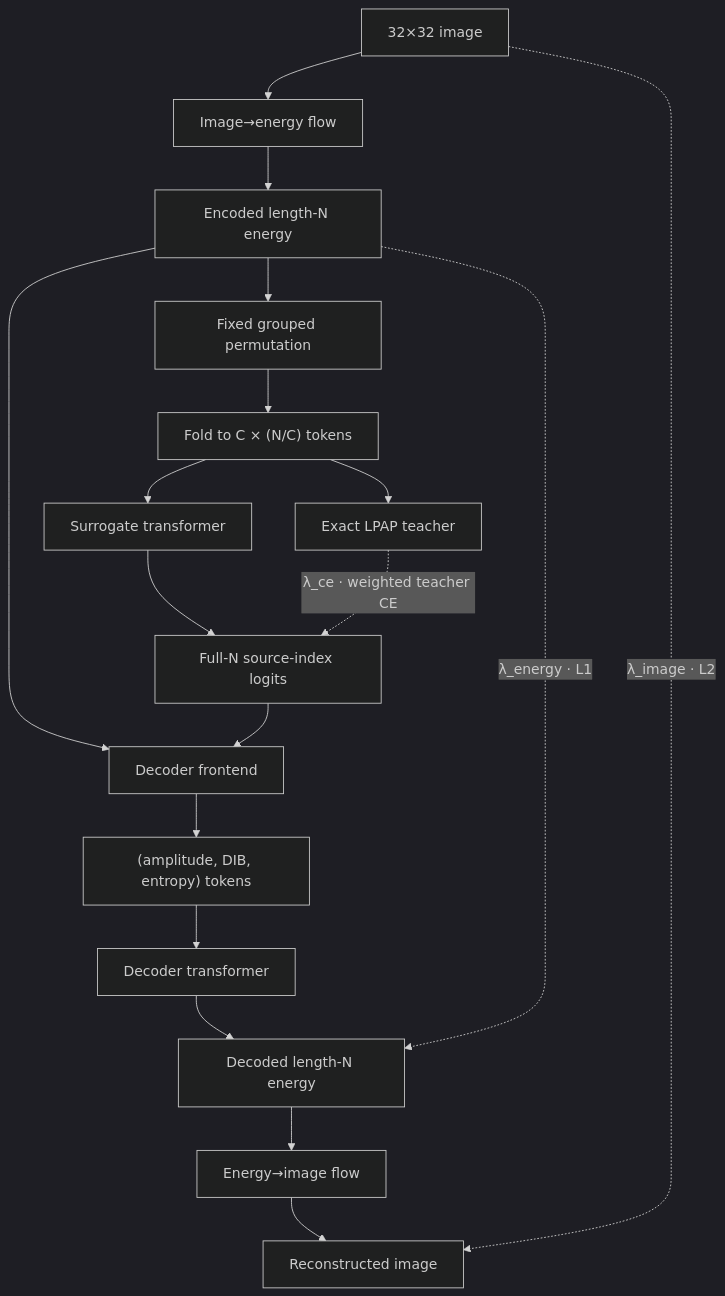
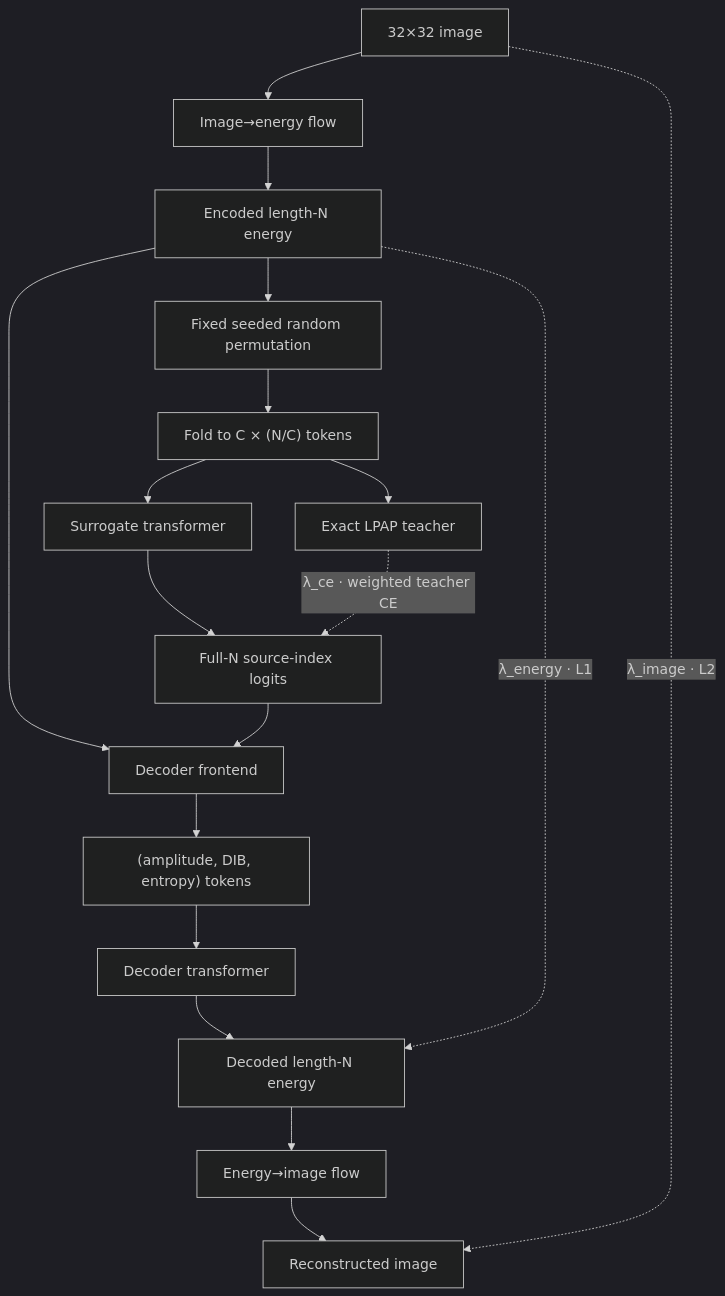
The diagram in doc/lpap.md (matovitch/lpap), drawn with Mermaid (dark theme) before and after one commit. The commit also changed other lines of this file and 23 other files, not shown here.

````diff
--- a/doc/lpap.md
+++ b/doc/lpap.md
@@ -69,27 +68,27 @@
 ```mermaid
 flowchart TD
     image[32×32 image]
     i2e[Image→energy flow]
     energy[Encoded length-N energy]
-    permute[Fixed grouped permutation]
+    permute[Fixed seeded random permutation]
     fold["Fold to C × (N/C) tokens"]
     surrogate[Surrogate transformer]
     teacher[Exact LPAP teacher]
     logits[Full-N source-index logits]
     frontend[Decoder frontend]
     tokens["(amplitude, DIB, entropy) tokens"]
     decoder[Decoder transformer]
     recon[Decoded length-N energy]
     e2i[Energy→image flow]
     image_hat[Reconstructed image]
 
     image --> i2e --> energy --> permute --> fold
     fold --> surrogate --> logits
     fold --> teacher
     teacher -. "λ_ce · weighted teacher CE" .-> logits
     energy --> frontend
     logits --> frontend --> tokens --> decoder --> recon
     recon --> e2i --> image_hat
     energy -. "λ_energy · L1" .-> recon
     image -. "λ_image · L2" .-> image_hat
 ```
````
